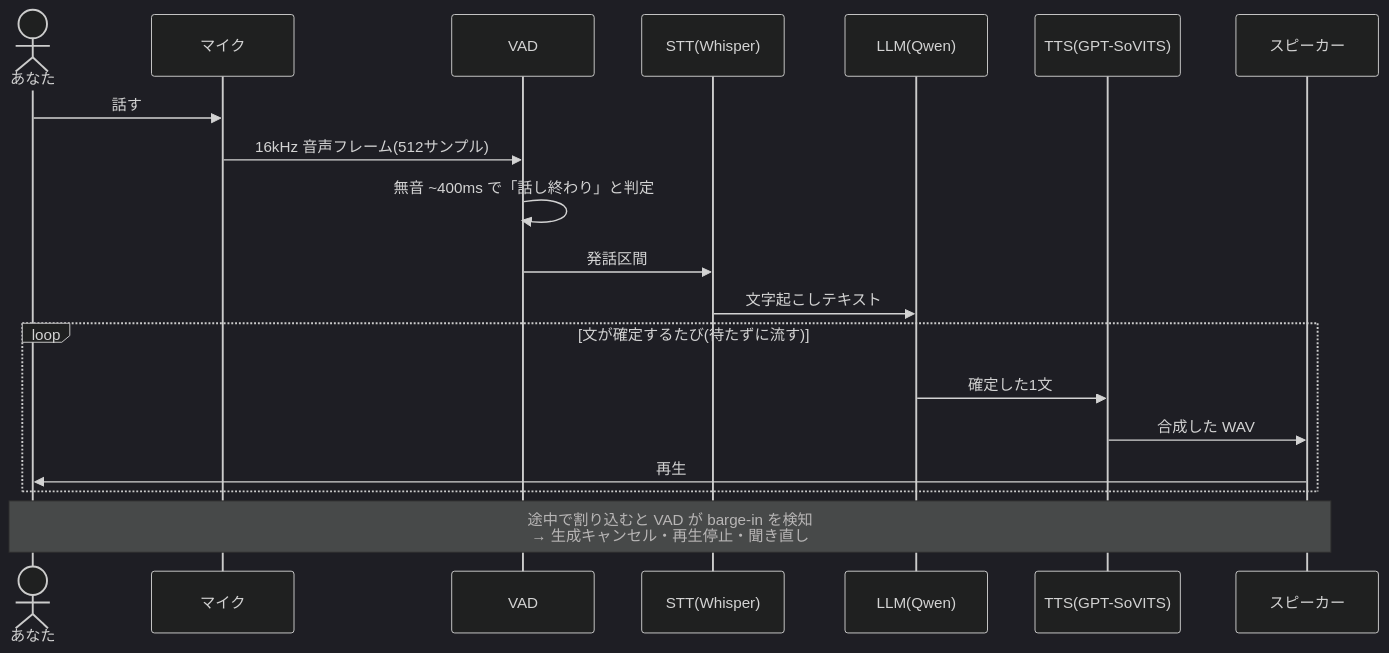
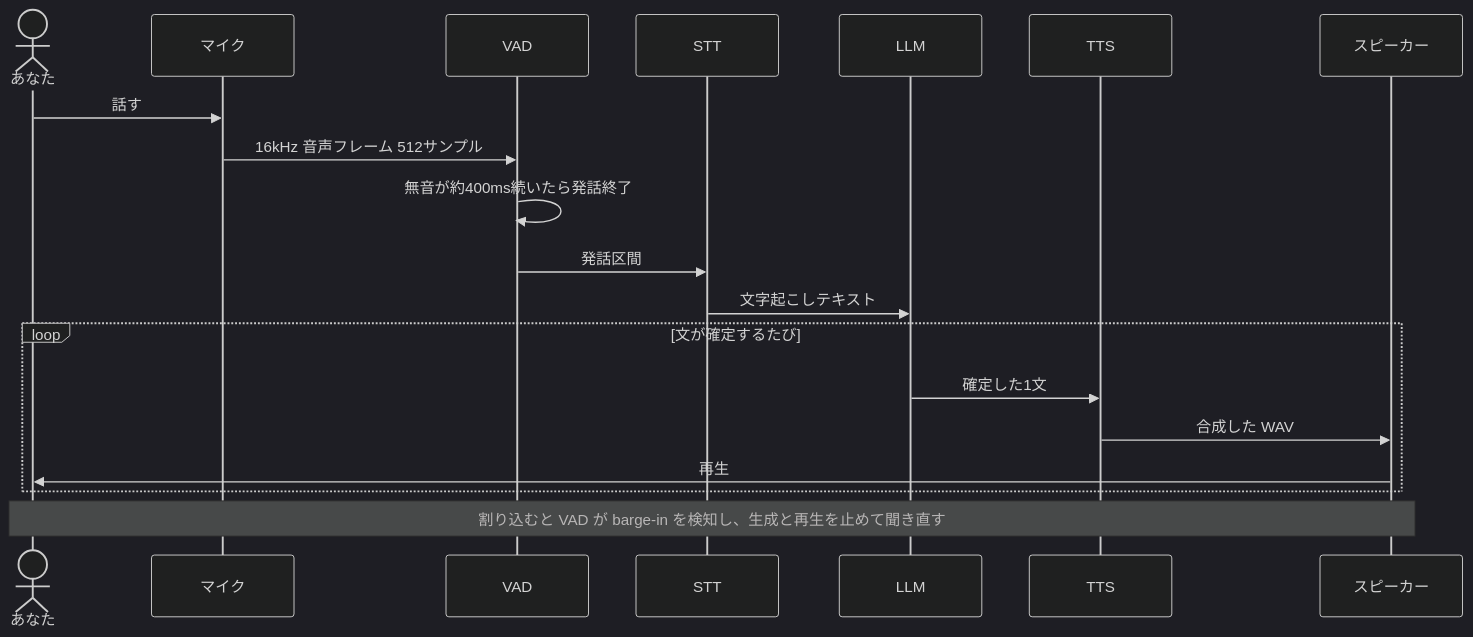
The second of 2 diagrams in README.md (4ltena/kotoha), drawn with Mermaid (dark theme) before and after one commit. The commit also changed other lines of this file and 1 other file, not shown here.

````diff
--- a/README.md
+++ b/README.md
@@ -50,22 +43,21 @@
 ```mermaid
 sequenceDiagram
     actor U as あなた
     participant M as マイク
     participant V as VAD
-    participant S as STT(Whisper)
-    participant L as LLM(Qwen)
-    participant T as TTS(GPT-SoVITS)
+    participant S as STT
+    participant L as LLM
+    participant T as TTS
     participant P as スピーカー
-
     U->>M: 話す
-    M->>V: 16kHz 音声フレーム(512サンプル)
-    V->>V: 無音 ~400ms で「話し終わり」と判定
+    M->>V: 16kHz 音声フレーム 512サンプル
+    V->>V: 無音が約400ms続いたら発話終了
     V->>S: 発話区間
     S->>L: 文字起こしテキスト
-    loop 文が確定するたび(待たずに流す)
+    loop 文が確定するたび
         L->>T: 確定した1文
         T->>P: 合成した WAV
         P->>U: 再生
     end
-    Note over U,P: 途中で割り込むと VAD が barge-in を検知<br/>→ 生成キャンセル・再生停止・聞き直し
+    Note over U,P: 割り込むと VAD が barge-in を検知し、生成と再生を止めて聞き直す
 ```
````
